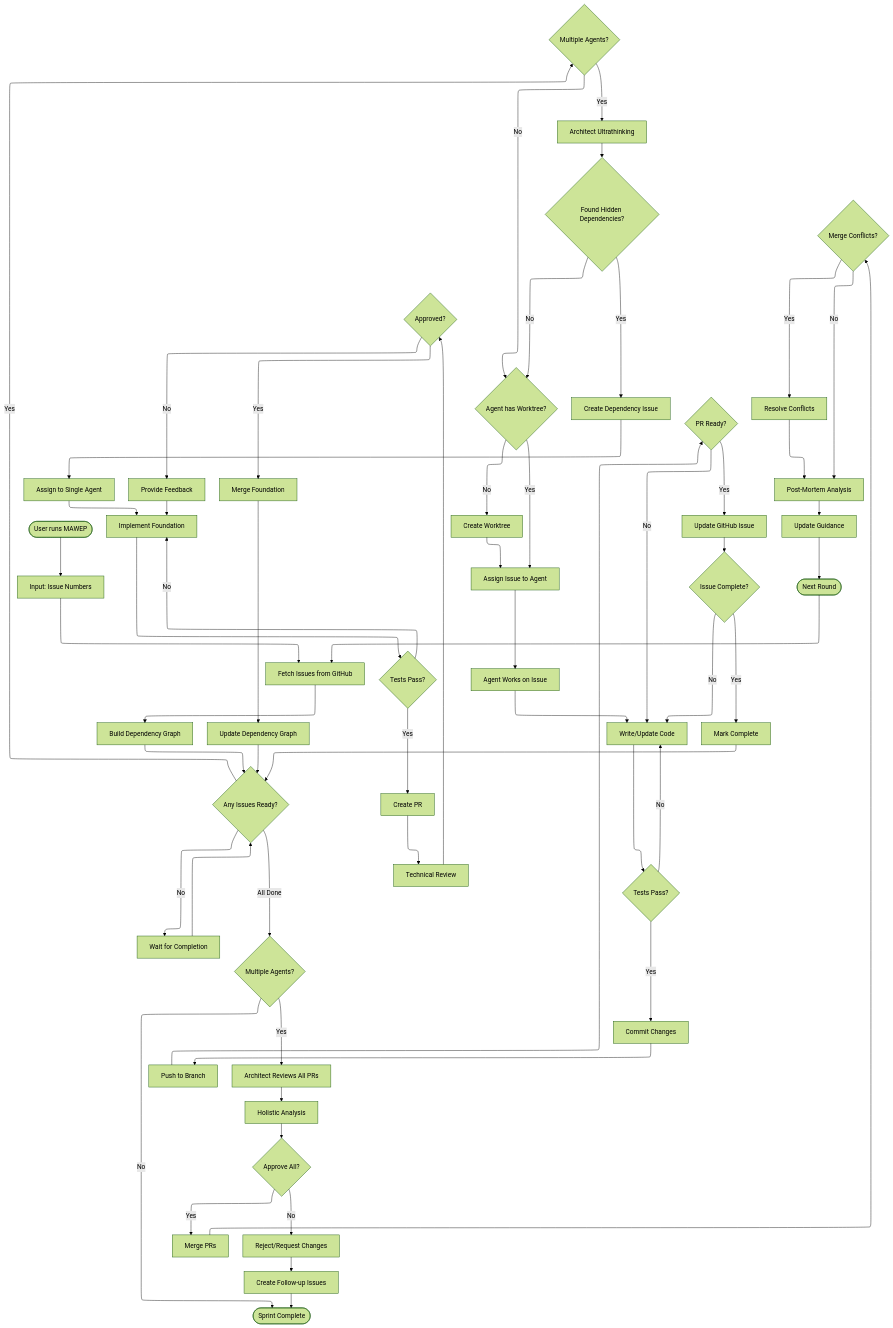
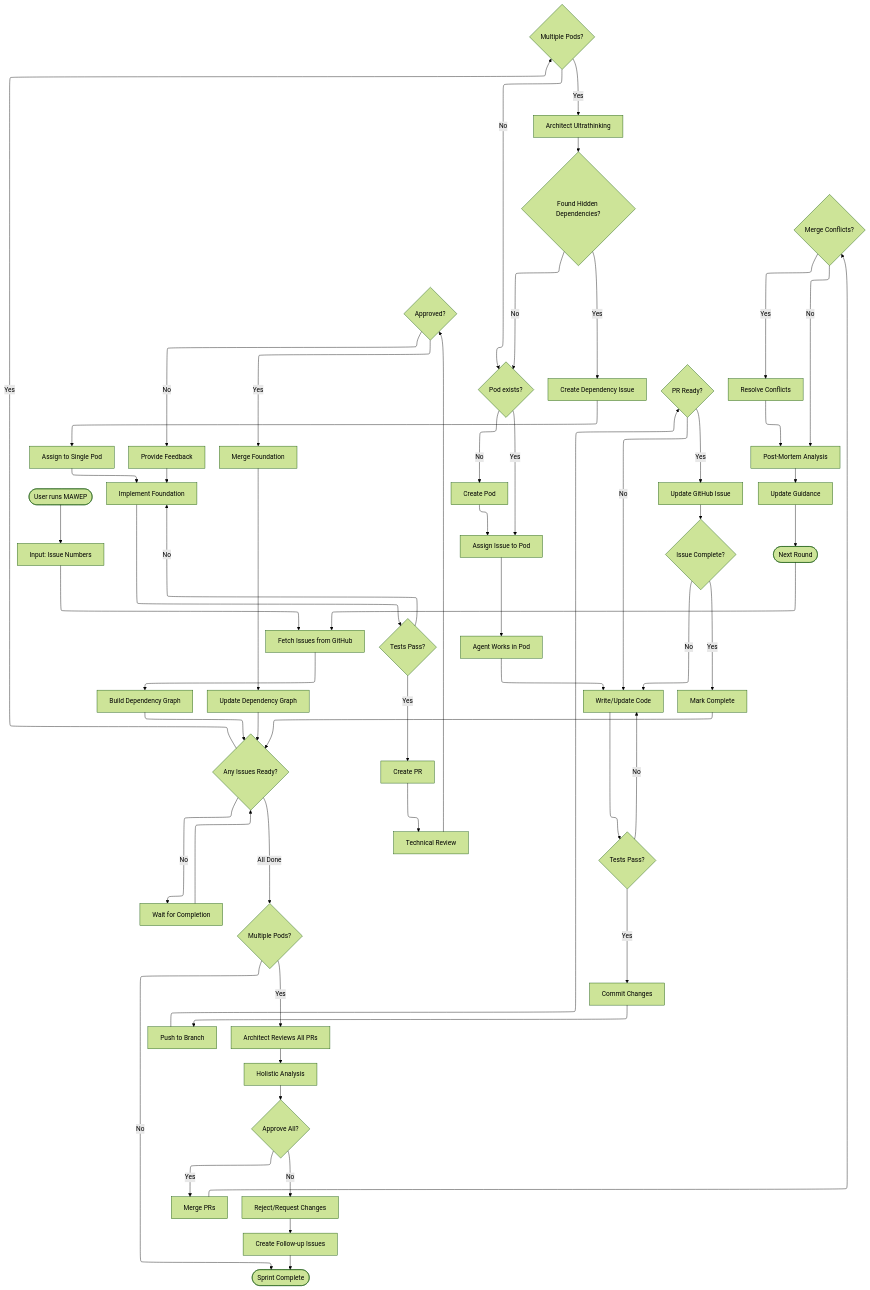
The ninth of 9 diagrams in mawep/framework/mawep-diagrams.md (AeyeOps/prompt-packs), drawn with Mermaid (forest theme) before and after one commit. The commit also changed other lines of this file and 9 other files, not shown here.

First line of the commit message:
refactor: Update MAWEP documentation from agent-centric to pod-centric terminology

````diff
--- a/mawep/framework/mawep-diagrams.md
+++ b/mawep/framework/mawep-diagrams.md
@@ -240,76 +240,76 @@
 ```mermaid
 %%{init: {"flowchart": {"defaultRenderer": "elk"}} }%%
 flowchart TD
     Start([User runs MAWEP]) --> Input[Input: Issue Numbers]
     Input --> Fetch[Fetch Issues from GitHub]
     Fetch --> Build[Build Dependency Graph]
     Build --> Check{Any Issues Ready?}
     
-    Check -->|Yes| MultiAgent{Multiple Agents?}
+    Check -->|Yes| MultiPod{Multiple Pods?}
     Check -->|No| Wait[Wait for Completion]
     
-    MultiAgent -->|No| HasWT{Agent has Worktree?}
-    MultiAgent -->|Yes| ArchAnalysis[Architect Ultrathinking]
+    MultiPod -->|No| HasPod{Pod exists?}
+    MultiPod -->|Yes| ArchAnalysis[Architect Ultrathinking]
     
     ArchAnalysis --> FoundDeps{Found Hidden Dependencies?}
-    FoundDeps -->|No| HasWT
+    FoundDeps -->|No| HasPod
     FoundDeps -->|Yes| CreateDepIssue[Create Dependency Issue]
     
-    CreateDepIssue --> SingleAgent[Assign to Single Agent]
-    SingleAgent --> DepWork[Implement Foundation]
+    CreateDepIssue --> SinglePod[Assign to Single Pod]
+    SinglePod --> DepWork[Implement Foundation]
     DepWork --> DepTest{Tests Pass?}
     DepTest -->|No| DepWork
     DepTest -->|Yes| DepPR[Create PR]
     
     DepPR --> DepReview[Technical Review]
     DepReview --> DepApprove{Approved?}
     DepApprove -->|No| DepFeedback[Provide Feedback]
     DepFeedback --> DepWork
     DepApprove -->|Yes| DepMerge[Merge Foundation]
     
     DepMerge --> UpdateGraph[Update Dependency Graph]
     UpdateGraph --> Check
     
-    HasWT -->|No| CreateWT[Create Worktree]
-    HasWT -->|Yes| Assign[Assign Issue to Agent]
-    CreateWT --> Assign
+    HasPod -->|No| CreatePod[Create Pod]
+    HasPod -->|Yes| Assign[Assign Issue to Pod]
+    CreatePod --> Assign
     
-    Assign --> Work[Agent Works on Issue]
+    Assign --> Work[Agent Works in Pod]
     
     Work --> Code[Write/Update Code]
     Code --> Test{Tests Pass?}
     Test -->|No| Code
     Test -->|Yes| Commit[Commit Changes]
     Commit --> Push[Push to Branch]
     Push --> PR{PR Ready?}
     PR -->|No| Code
     PR -->|Yes| Update[Update GitHub Issue]
     Update --> Done{Issue Complete?}
     Done -->|No| Code
     Done -->|Yes| Complete[Mark Complete]
     
     Complete --> Check
     Wait --> Check
     
-    Check -->|All Done| Review{Multiple Agents?}
+    Check -->|All Done| Review{Multiple Pods?}
     Review -->|No| End([Sprint Complete])
     Review -->|Yes| ArchReview[Architect Reviews All PRs]
     
     ArchReview --> Holistic[Holistic Analysis]
     Holistic --> Approve{Approve All?}
     
     Approve -->|Yes| Merge[Merge PRs]
     Approve -->|No| Reject[Reject/Request Changes]
     
     Reject --> CreateIssues[Create Follow-up Issues]
     CreateIssues --> End
     
     Merge --> Conflicts{Merge Conflicts?}
     Conflicts -->|Yes| Resolve[Resolve Conflicts]
     Conflicts -->|No| PostMortem[Post-Mortem Analysis]
     Resolve --> PostMortem
     
     PostMortem --> Improve[Update Guidance]
     Improve --> Next([Next Round])
     Next --> Fetch
 ```
````
